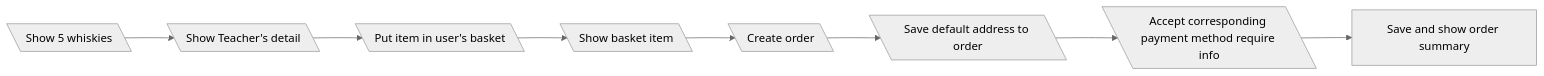
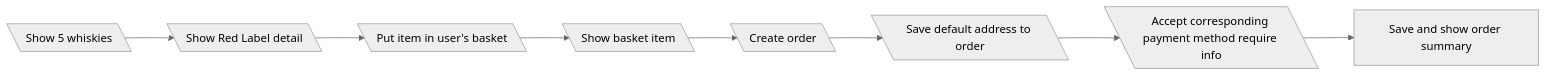
The second of 4 diagrams in READMe.md (aniwat0554/assignment-java-boot-camp), drawn with Mermaid (neutral theme) before and after one commit. The commit also changed other lines of this file, not shown here.

````diff
--- a/READMe.md
+++ b/READMe.md
@@ -21,8 +21,8 @@
 ```mermaid
     graph LR
-    Catalog[\"Show 5 whiskies"\] --> Detail[\"Show Teacher's detail"\]
+    Catalog[\"Show 5 whiskies"\] --> Detail[\"Show Red Label detail"\]
     Detail --> BasketPut[\"Put item in user's basket"\]
     BasketPut --> Basket[\Show basket item\] --> Payment[\"Create order"\]--> Shipping[\"Save default address to order"\]
     Shipping --> PaymentMethodSelect[\"Accept corresponding payment method require info"\]
     PaymentMethodSelect --> Confirm["Save and show order summary"]
 ```
````
